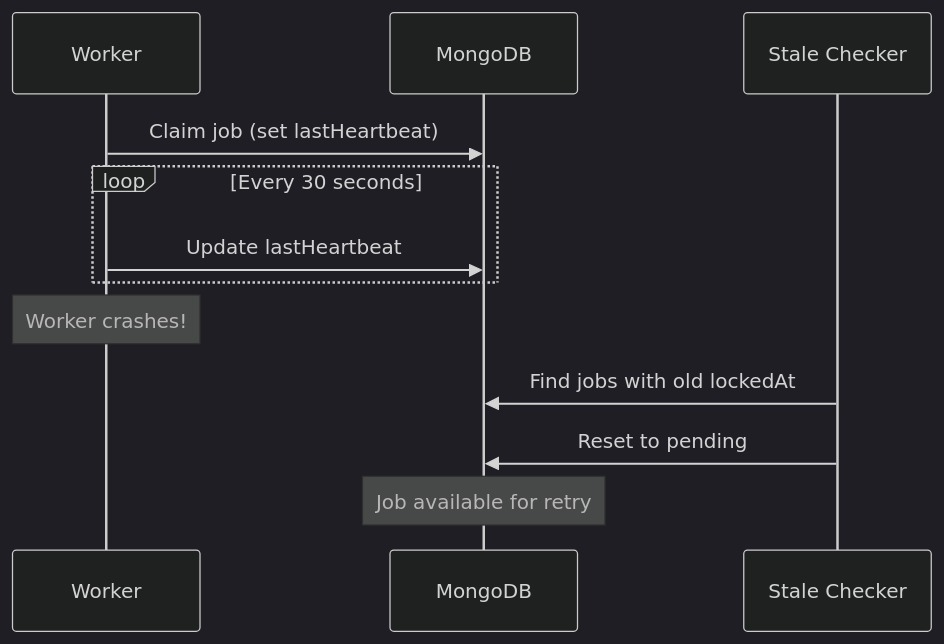
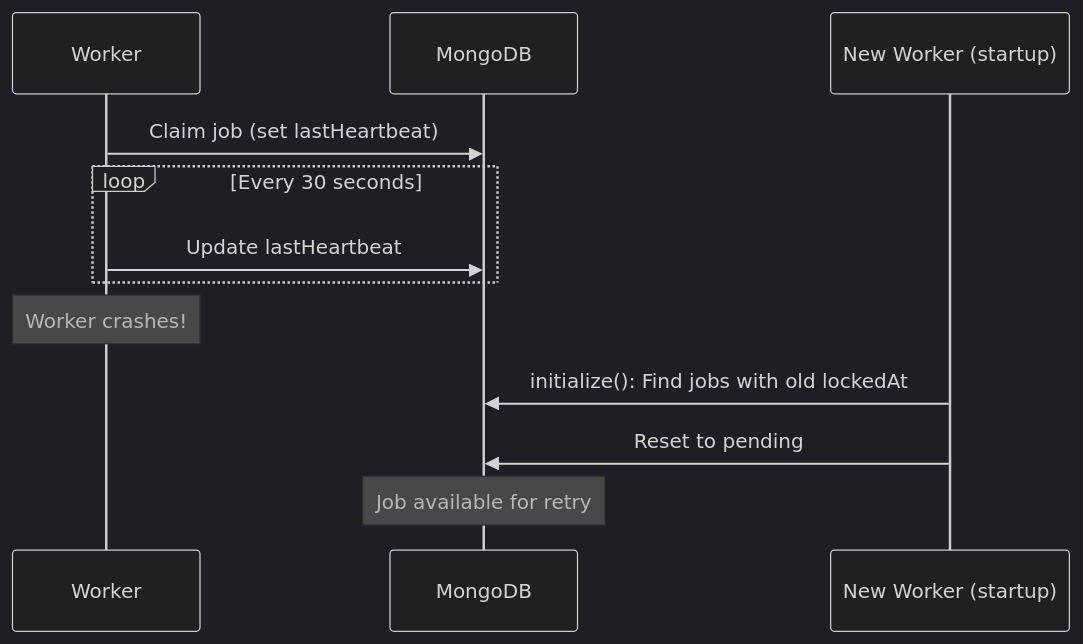
One commit to ueberBrot/monque changed the diagram in apps/docs/src/content/docs/advanced/heartbeat.mdx. Above: the diagram before and after it, drawn with Mermaid (dark theme). The commit also changed other lines of this file and 17 other files, not shown here.

````diff
--- a/apps/docs/src/content/docs/advanced/heartbeat.mdx
+++ b/apps/docs/src/content/docs/advanced/heartbeat.mdx
@@ -25,18 +25,18 @@
 ```mermaid
 sequenceDiagram
     participant W as Worker
     participant DB as MongoDB
-    participant S as Stale Checker
+    participant S as New Worker (startup)
     
     W->>DB: Claim job (set lastHeartbeat)
     loop Every 30 seconds
         W->>DB: Update lastHeartbeat
     end
     
     Note over W: Worker crashes!
     
-    S->>DB: Find jobs with old lockedAt
+    S->>DB: initialize(): Find jobs with old lockedAt
     S->>DB: Reset to pending
     
     Note over DB: Job available for retry
 ```
````
